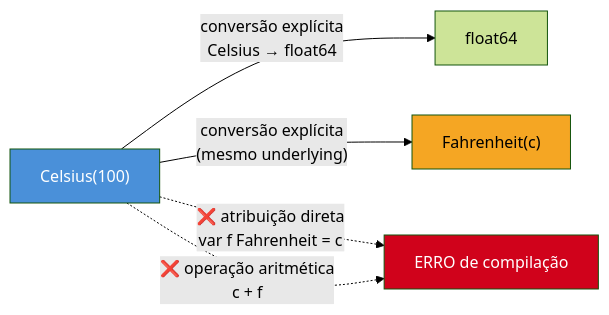
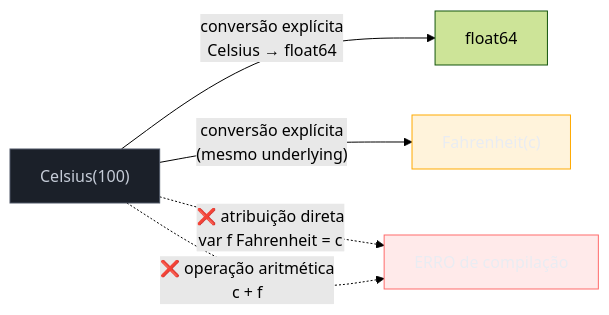
The second of 2 diagrams in 03-Dominios/Tecnologia/Go/02 - Tipos, structs e métodos/02 - Tipos nomeados e definições de tipo.md (josenaldo/codex-technomanticus), drawn with Mermaid (forest theme) before and after one commit. The commit also changed other lines of this file and 1181 other files, not shown here.

First line of the commit message:
fix(diagramas): paleta do sistema no lugar de cor cravada no markdown

````diff
--- a/03-Dominios/Tecnologia/Go/02 - Tipos, structs e métodos/02 - Tipos nomeados e definições de tipo.md
+++ b/03-Dominios/Tecnologia/Go/02 - Tipos, structs e métodos/02 - Tipos nomeados e definições de tipo.md
@@ -145,11 +147,14 @@
 ```mermaid
 flowchart LR
+    classDef neutro fill:#1B2029,stroke:#4E5666,color:#C6CCD8
+    classDef falha fill:#FF6B6B24,stroke:#FF6B6B,color:#E9ECF2
+    classDef destaque fill:#FFAA0024,stroke:#FFAA00,color:#E9ECF2
     C["Celsius(100)"] -->|"conversão explícita\nCelsius → float64"| U1["float64"]
     C -->|"conversão explícita\n(mesmo underlying)"| Fh["Fahrenheit(c)"]
     C -.->|"❌ atribuição direta\nvar f Fahrenheit = c"| X["ERRO de compilação"]
     C -.->|"❌ operação aritmética\nc + f"| X
 
-    style C fill:#4A90D9,color:#fff
-    style X fill:#D0021B,color:#fff
-    style Fh fill:#F5A623,color:#000
+    class C neutro
+    class X falha
+    class Fh destaque
 ```
````
